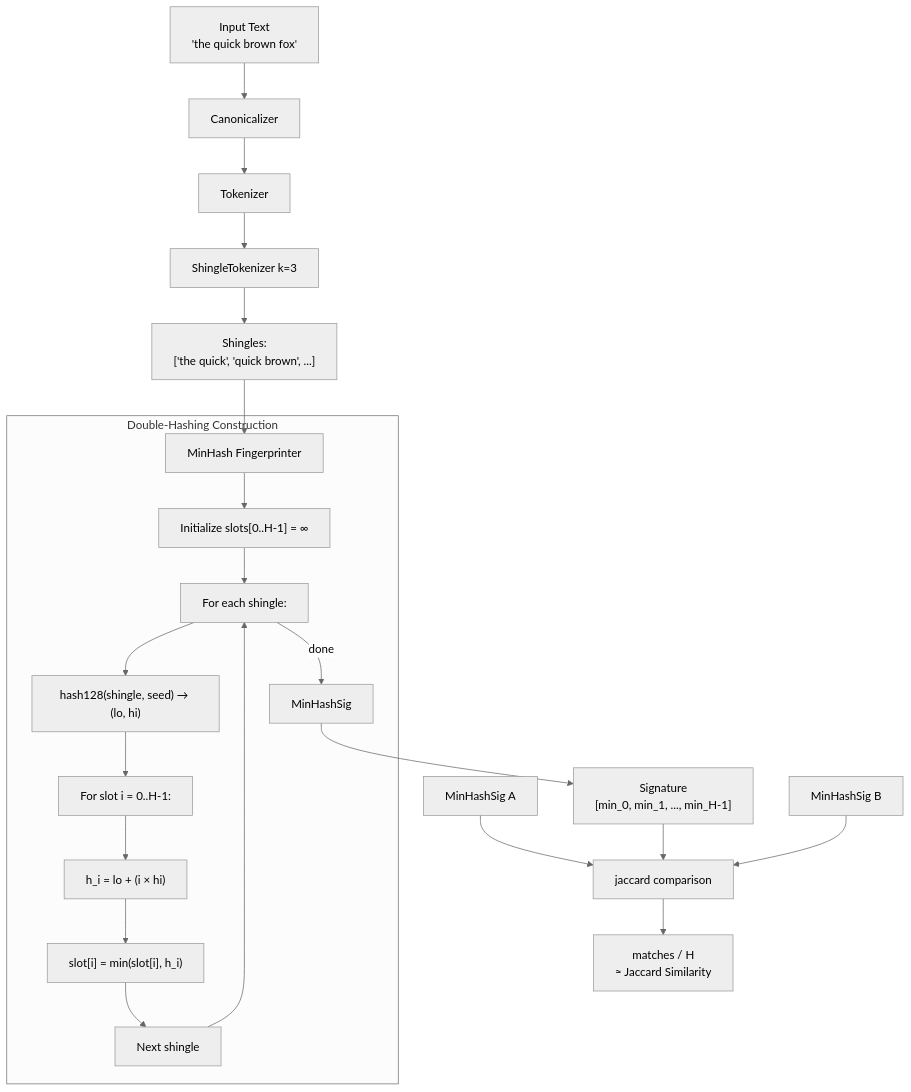
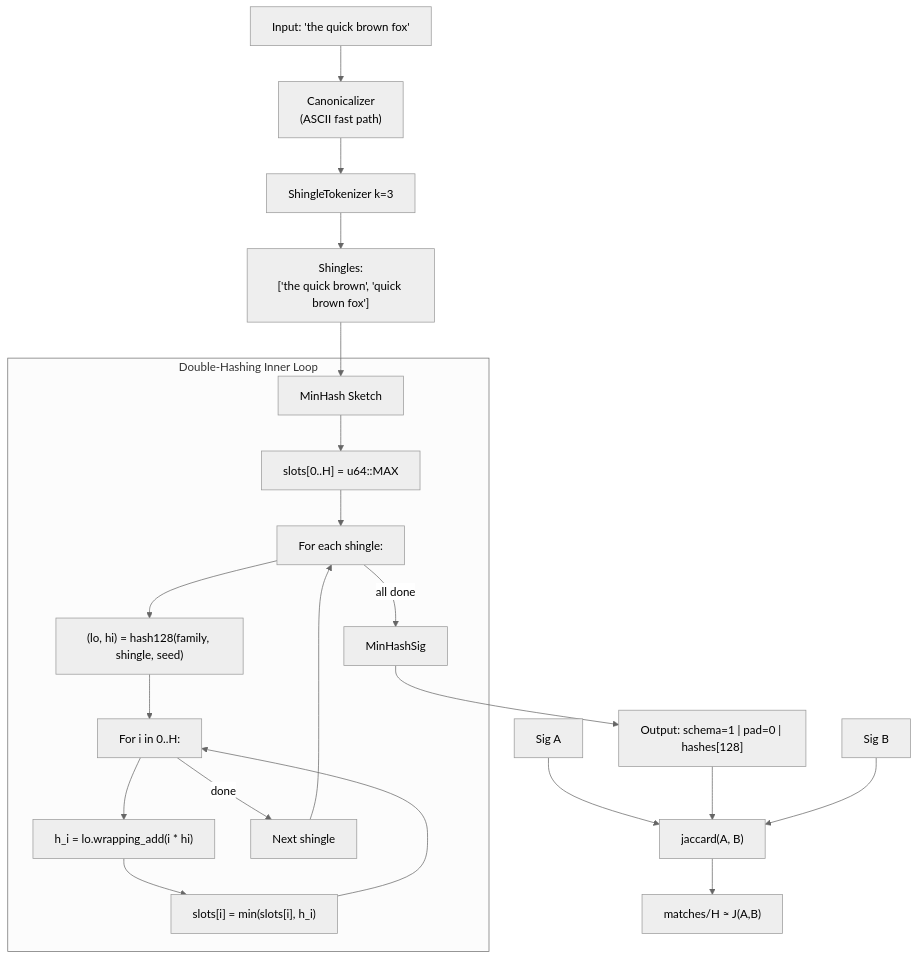
Before and after one commit to themankindproject/txtfp: the third of 9 diagrams in txt.md, drawn with Mermaid (neutral theme). The commit also changed other lines of this file and 1 other file, not shown here.

````diff
--- a/txt.md
+++ b/txt.md
@@ -286,28 +302,28 @@
 ```mermaid
 flowchart TD
-    A["Input Text<br/>'the quick brown fox'"] --> B["Canonicalizer"]
-    B --> C["Tokenizer"]
-    C --> D["ShingleTokenizer k=3"]
-    D --> E["Shingles:<br/>['the quick', 'quick brown', ...]"]
+    A["Input: 'the quick brown fox'"] --> B["Canonicalizer<br/>(ASCII fast path)"]
+    B --> C["ShingleTokenizer k=3"]
+    C --> D["Shingles:<br/>['the quick brown', 'quick brown fox']"]
 
-    E --> F["MinHash Fingerprinter"]
+    D --> E["MinHash Sketch"]
 
-    subgraph "Double-Hashing Construction"
-        F --> F1["Initialize slots[0..H-1] = ∞"]
-        F1 --> F2["For each shingle:"]
-        F2 --> F3["hash128(shingle, seed) → (lo, hi)"]
-        F3 --> F4["For slot i = 0..H-1:"]
-        F4 --> F5["h_i = lo + (i × hi)"]
-        F5 --> F6["slot[i] = min(slot[i], h_i)"]
-        F6 --> F7["Next shingle"]
-        F7 --> F2
-        F2 -->|done| F8["MinHashSig<H>"]
+    subgraph "Double-Hashing Inner Loop"
+        E --> E1["slots[0..H] = u64::MAX"]
+        E1 --> E2["For each shingle:"]
+        E2 --> E3["(lo, hi) = hash128(family, shingle, seed)"]
+        E3 --> E4["For i in 0..H:"]
+        E4 --> E5["h_i = lo.wrapping_add(i * hi)"]
+        E5 --> E6["slots[i] = min(slots[i], h_i)"]
+        E6 --> E4
+        E4 -->|done| E7["Next shingle"]
+        E7 --> E2
+        E2 -->|all done| E8["MinHashSig<H>"]
     end
 
-    F8 --> F9["Signature<br/>[min_0, min_1, ..., min_H-1]"]
+    E8 --> F["Output: schema=1 | pad=0 | hashes[128]"]
 
-    K["MinHashSig<H> A"] --> L["jaccard comparison"]
-    F9 --> L
-    M["MinHashSig<H> B"] --> L
-    L --> N["matches / H<br/>≈ Jaccard Similarity"]
+    G["Sig A"] --> H["jaccard(A, B)"]
+    F --> H
+    I["Sig B"] --> H
+    H --> J["matches/H ≈ J(A,B)"]
 ```
````
